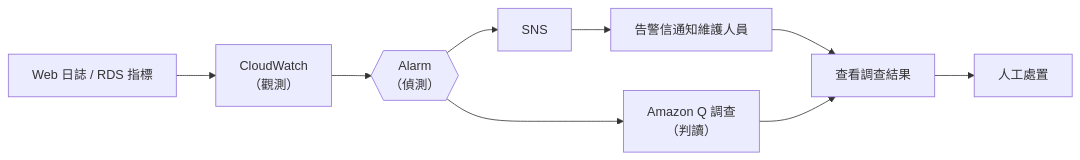
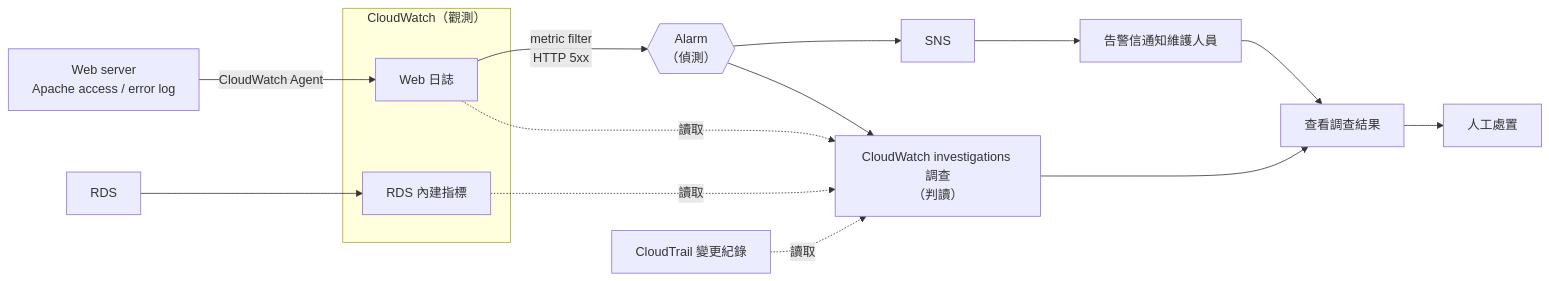
Before and after one commit to willyos0113/wp_agentops: the diagram in README.md, drawn with Mermaid. The commit also changed other lines of this file, not shown here.

First line of the commit message:
P1-2 將維運 Agent 名稱改為 CloudWatch investigations，補充流程圖與驗證細節

````diff
--- a/README.md
+++ b/README.md
@@ -121,11 +121,19 @@
 ```mermaid
 flowchart LR
-    A["Web 日誌 / RDS 指標"] --> B["CloudWatch<br/>（觀測）"]
-    B --> C{{"Alarm<br/>（偵測）"}}
-    C --> D["Amazon Q 調查<br/>（判讀）"]
+    W["Web server<br/>Apache access / error log"] -- "CloudWatch Agent" --> L
+    R["RDS"] --> M
+    subgraph CW["CloudWatch（觀測）"]
+        L["Web 日誌"]
+        M["RDS 內建指標"]
+    end
+    L -- "metric filter<br/>HTTP 5xx" --> C{{"Alarm<br/>（偵測）"}}
+    C --> D["CloudWatch investigations 調查<br/>（判讀）"]
     C --> E[SNS]
+    L -. "讀取" .-> D
+    M -. "讀取" .-> D
+    T["CloudTrail 變更紀錄"] -. "讀取" .-> D
     E --> F[告警信通知維護人員]
     F --> G[查看調查結果]
     D --> G
     G --> H[人工處置]
 ```
````
